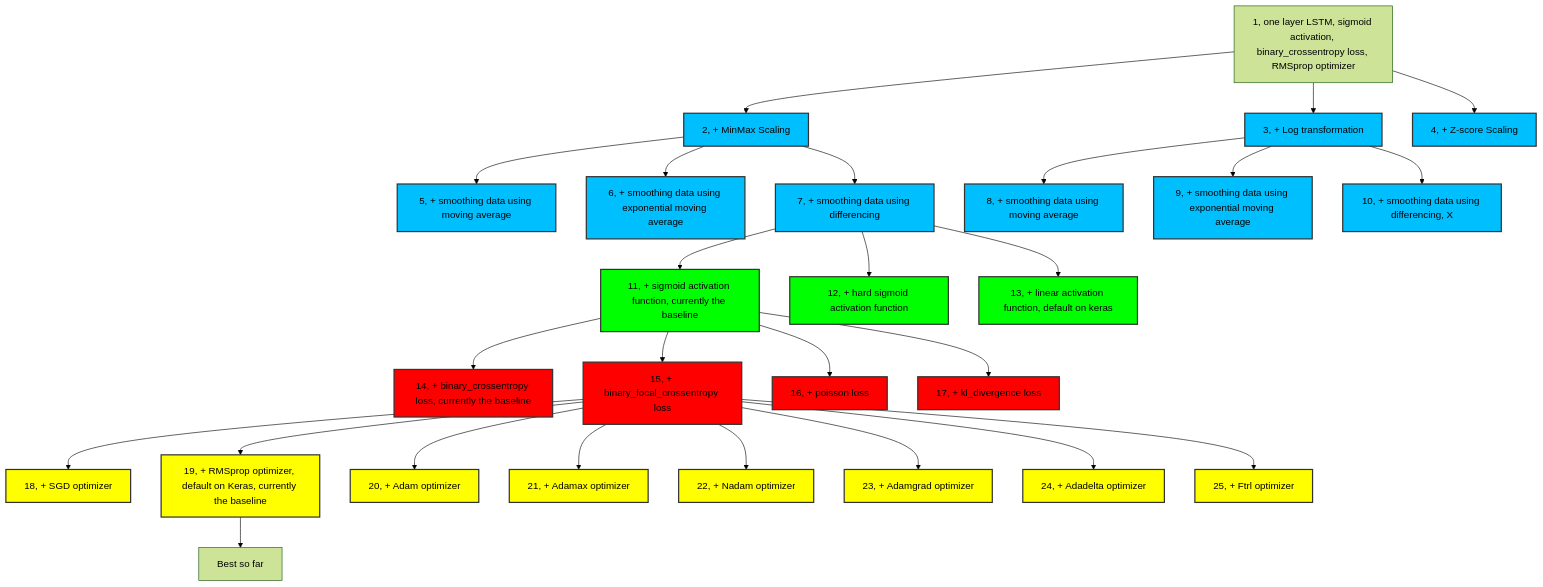
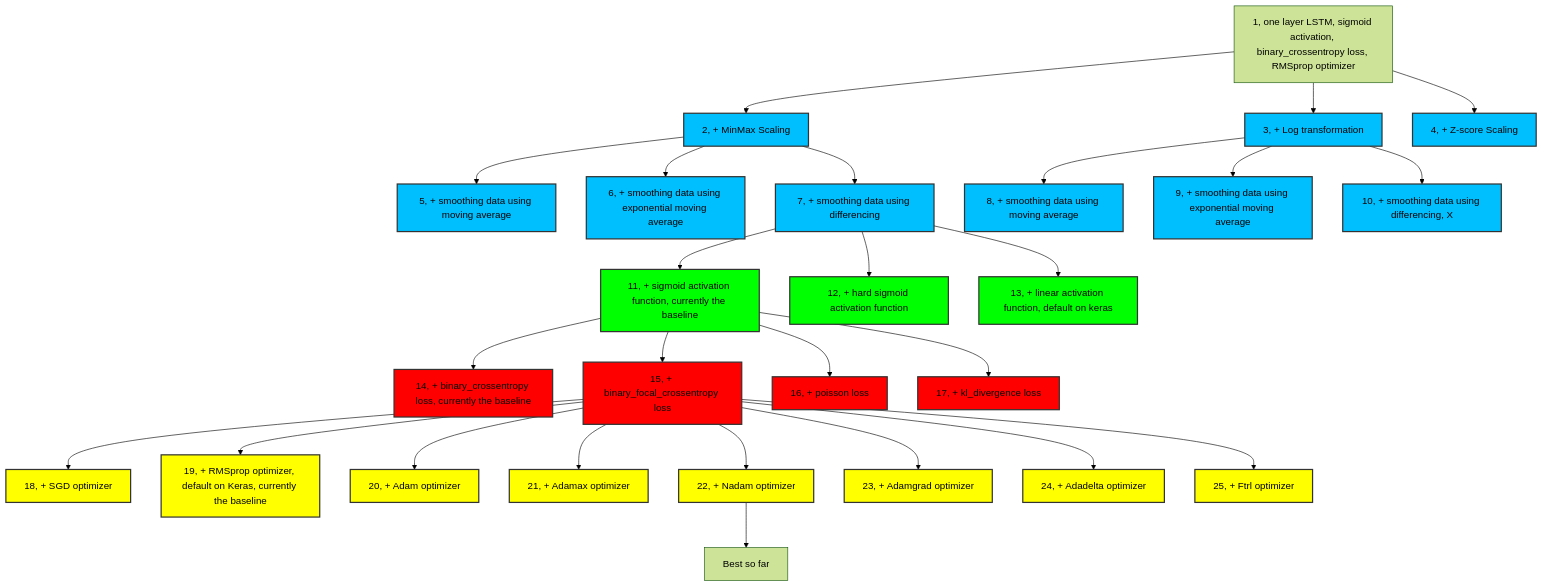
The diagram in src/models/LSTM/LSTM_classifier/experiment_hierarchy.md (zihaozeng0021/currency-exchange-rate-forecasting), drawn with Mermaid (forest theme) before and after one commit. The commit also changed 18 other files, not shown here.

````diff
--- a/src/models/LSTM/LSTM_classifier/experiment_hierarchy.md
+++ b/src/models/LSTM/LSTM_classifier/experiment_hierarchy.md
@@ -1,45 +1,45 @@
 ```mermaid
 graph TD
     1[1, one layer LSTM, sigmoid activation, binary_crossentropy loss, RMSprop optimizer] --> 2[2, + MinMax Scaling]
     1 --> 3[3, + Log transformation]
     1 --> 4[4, + Z-score Scaling]
     2 --> 5[5, + smoothing data using moving average]
     2 --> 6[6, + smoothing data using exponential moving average]
     2 --> 7[7, + smoothing data using differencing]
     3 --> 8[8, + smoothing data using moving average]
     3 --> 9[9, + smoothing data using exponential moving average]
     3 --> 10[10, + smoothing data using differencing, X]
     7 --> 11[11, + sigmoid activation function, currently the baseline]
     7 --> 12[12, + hard sigmoid activation function]
     7 --> 13[13, + linear activation function, default on keras]
     11 --> 14[14, + binary_crossentropy loss, currently the baseline]
     11 --> 15[15, + binary_focal_crossentropy loss]
     11 --> 16[16, + poisson loss]
     11 --> 17[17, + kl_divergence loss]
     15 --> 18[18, + SGD optimizer]
     15 --> 19[19, + RMSprop optimizer, default on Keras, currently the baseline]
     15 --> 20[20, + Adam optimizer]
     15 --> 21[21, + Adamax optimizer]
     15 --> 22[22, + Nadam optimizer]
     15 --> 23[23, + Adamgrad optimizer]
     15 --> 24[24, + Adadelta optimizer]
     15 --> 25[25, + Ftrl optimizer]
-    19 --> 26[Best so far]
+    22 --> 26[Best so far]
     
     
     
     
     classDef brightBlue fill:#00BFFF,stroke:#333,stroke-width:2px;
     class 2,3,4,5,6,7,8,9,10 brightBlue;
     
     classDef brightGreen fill:#00FF00,stroke:#333,stroke-width:2px;
     class 11,12,13 brightGreen;
     
     classDef brightRed fill:#FF0000,stroke:#333,stroke-width:2px;
     class 14,15,16,17 brightRed;
     
     classDef brightYellow fill:#FFFF00,stroke:#333,stroke-width:2px;
     class 18,19,20,21,22,23,24,25 brightYellow;
     
     
 ```
````
